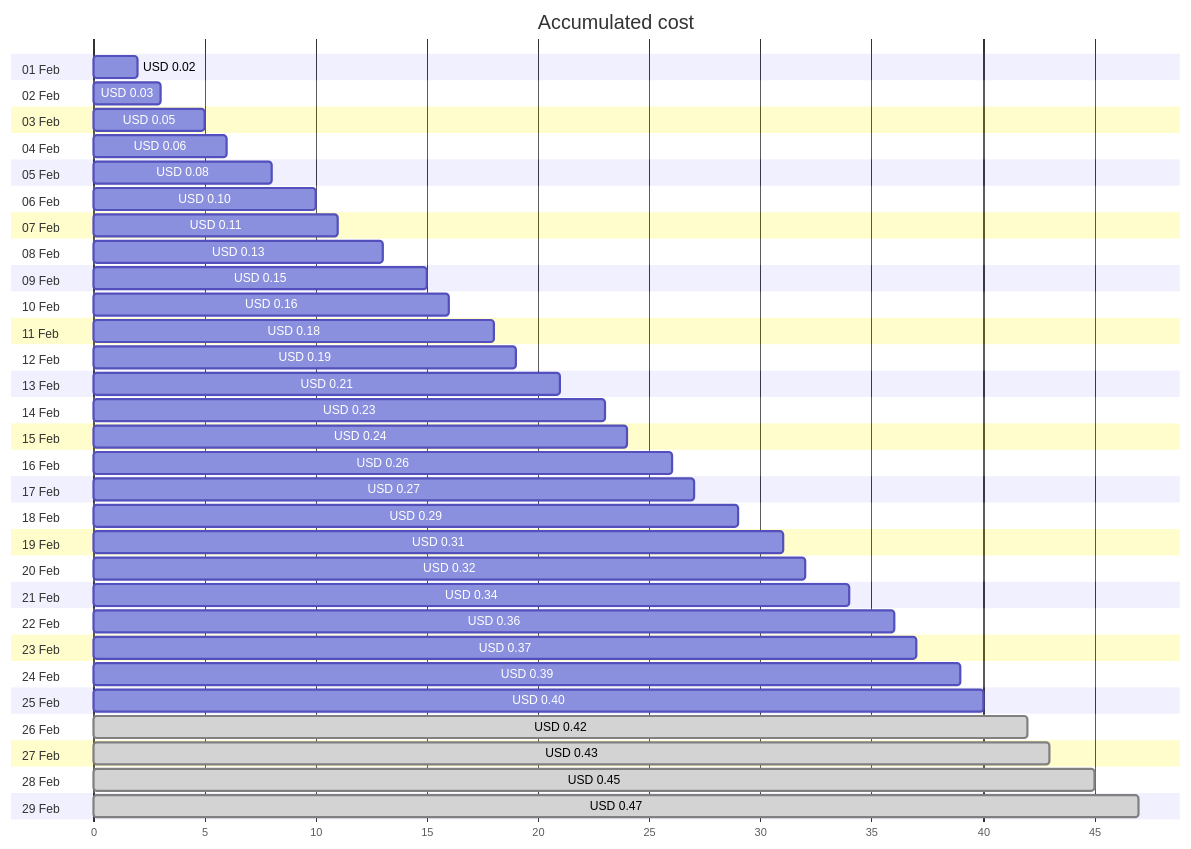
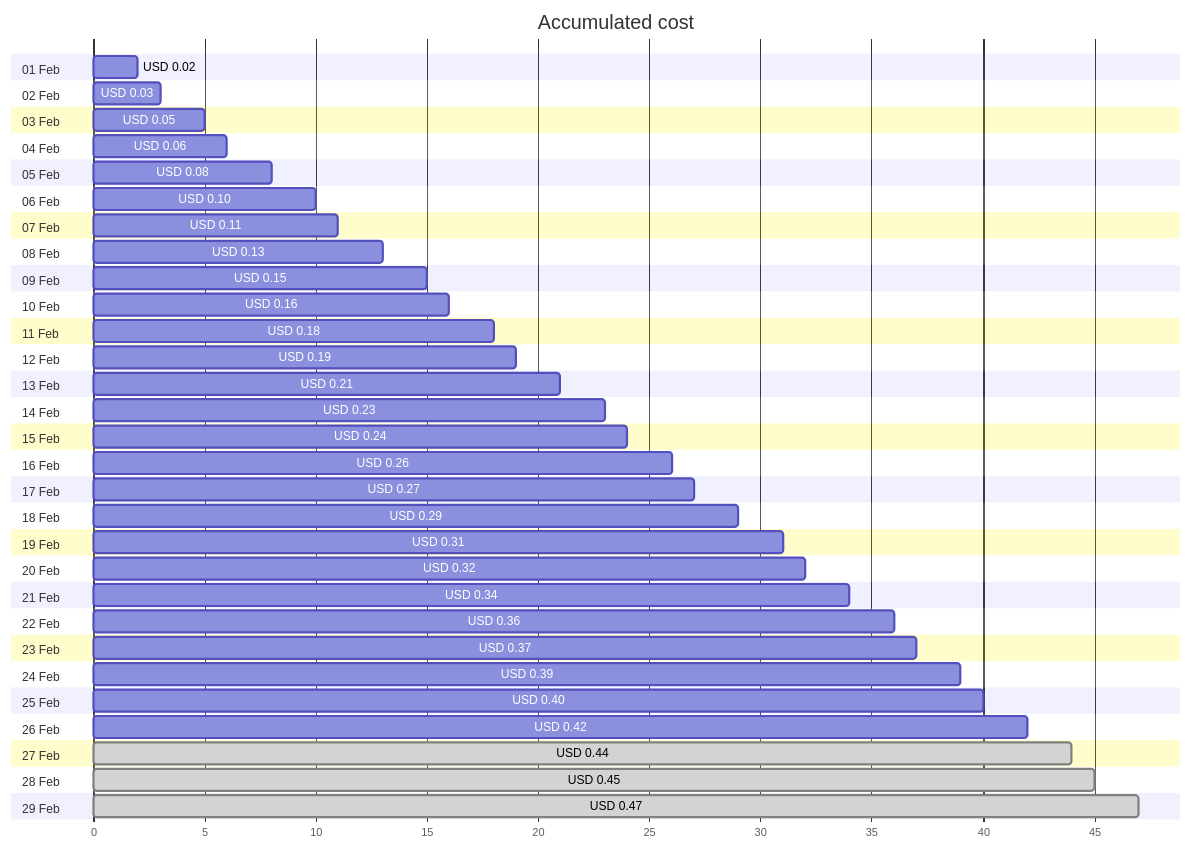
One commit to jpfulton/azure-personal-reports changed the first of 4 diagrams in cost-reports/personal-network/private.jpatrickfulton.com.md. Above: the diagram before and after it, drawn with Mermaid. The commit also changed other lines of this file and 8 other files, not shown here.

````diff
--- a/cost-reports/personal-network/private.jpatrickfulton.com.md
+++ b/cost-reports/personal-network/private.jpatrickfulton.com.md
@@ -20,64 +20,64 @@
 ```mermaid
 gantt
    title Accumulated cost
    dateFormat  X
    axisFormat %s
    section 01 Feb
    USD 0.02 :0, 2
    section 02 Feb
    USD 0.03 :0, 3
    section 03 Feb
    USD 0.05 :0, 5
    section 04 Feb
    USD 0.06 :0, 6
    section 05 Feb
    USD 0.08 :0, 8
    section 06 Feb
    USD 0.10 :0, 10
    section 07 Feb
    USD 0.11 :0, 11
    section 08 Feb
    USD 0.13 :0, 13
    section 09 Feb
    USD 0.15 :0, 15
    section 10 Feb
    USD 0.16 :0, 16
    section 11 Feb
    USD 0.18 :0, 18
    section 12 Feb
    USD 0.19 :0, 19
    section 13 Feb
    USD 0.21 :0, 21
    section 14 Feb
    USD 0.23 :0, 23
    section 15 Feb
    USD 0.24 :0, 24
    section 16 Feb
    USD 0.26 :0, 26
    section 17 Feb
    USD 0.27 :0, 27
    section 18 Feb
    USD 0.29 :0, 29
    section 19 Feb
    USD 0.31 :0, 31
    section 20 Feb
    USD 0.32 :0, 32
    section 21 Feb
    USD 0.34 :0, 34
    section 22 Feb
    USD 0.36 :0, 36
    section 23 Feb
    USD 0.37 :0, 37
    section 24 Feb
    USD 0.39 :0, 39
    section 25 Feb
    USD 0.40 :0, 40
    section 26 Feb
-   USD 0.42 : done, 0, 42
+   USD 0.42 :0, 42
    section 27 Feb
-   USD 0.43 : done, 0, 43
+   USD 0.44 : done, 0, 44
    section 28 Feb
    USD 0.45 : done, 0, 45
    section 29 Feb
    USD 0.47 : done, 0, 47
 ```
````
